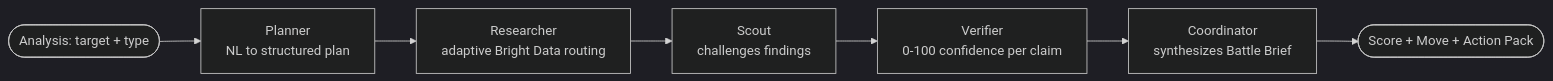
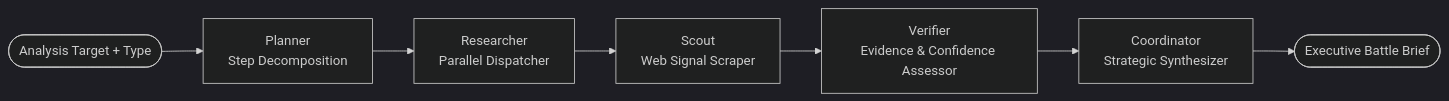
Before and after one commit to pranav-bhagath19/StratOS-AI: the diagram in README.md, drawn with Mermaid (dark theme). The commit also changed other lines of this file and 41 other files, not shown here.

````diff
--- a/README.md
+++ b/README.md
@@ -100,9 +57,9 @@
 ```mermaid
 graph LR
-  Start([Analysis: target + type]) --> Planner
-  Planner[Planner<br/>NL to structured plan] --> Researcher
-  Researcher[Researcher<br/>adaptive Bright Data routing] --> Scout
-  Scout[Scout<br/>challenges findings] --> Verifier
-  Verifier[Verifier<br/>0-100 confidence per claim] --> Coordinator
-  Coordinator[Coordinator<br/>synthesizes Battle Brief] --> Output([Score + Move + Action Pack])
+  Start([Analysis Target + Type]) --> Planner
+  Planner[Planner<br/>Step Decomposition] --> Researcher
+  Researcher[Researcher<br/>Parallel Dispatcher] --> Scout
+  Scout[Scout<br/>Web Signal Scraper] --> Verifier
+  Verifier[Verifier<br/>Evidence & Confidence Assessor] --> Coordinator
+  Coordinator[Coordinator<br/>Strategic Synthesizer] --> Brief([Executive Battle Brief])
 ```
````
